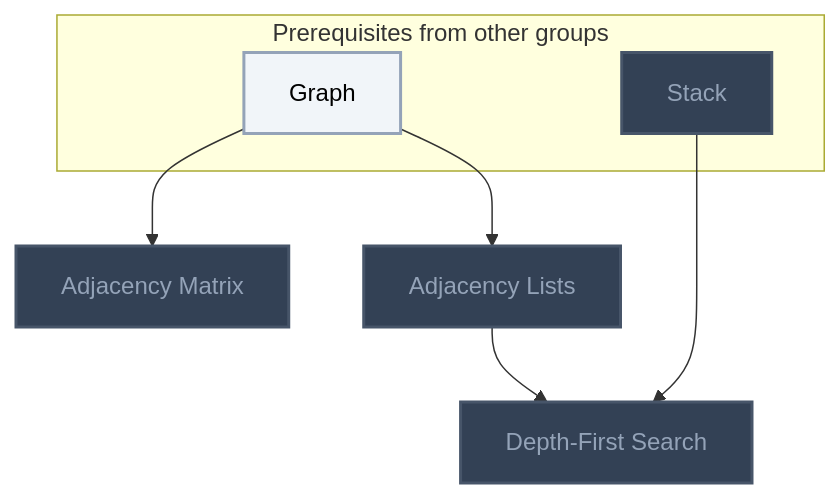
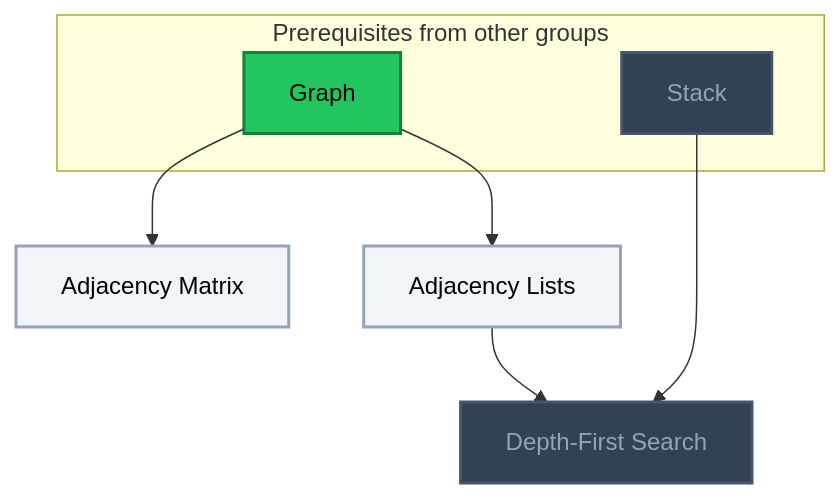
Before and after one commit to MRauf1/My-Notes: diagram 15 of 17 in Gamification/Skill Trees/Data Structures and Algorithms.md, drawn with Mermaid. The commit also changed other lines of this file and 145 other files, not shown here.

````diff
--- a/Gamification/Skill Trees/Data Structures and Algorithms.md
+++ b/Gamification/Skill Trees/Data Structures and Algorithms.md
@@ -517,26 +524,27 @@
 ```mermaid
 flowchart TD
     classDef planned fill:#1E293B,stroke:#64748B,stroke-width:2px,stroke-dasharray:5 5,color:#94A3B8;
     classDef locked fill:#334155,stroke:#475569,stroke-width:2px,color:#94A3B8;
     classDef L0 fill:#F1F5F9,stroke:#94A3B8,stroke-width:2px,color:#000000;
     classDef L1 fill:#22C55E,stroke:#15803D,stroke-width:2px,color:#000000;
     classDef L2 fill:#3B82F6,stroke:#1D4ED8,stroke-width:3px,color:#FFFFFF;
     classDef L3 fill:#A855F7,stroke:#6B21A8,stroke-width:3px,color:#FFFFFF,font-weight:bold;
     classDef L4 fill:#F97316,stroke:#C2410C,stroke-width:4px,color:#000000,font-weight:bold;
     classDef L5 fill:#FFD700,stroke:#FF8C00,stroke-width:5px,color:#000000,font-weight:bold;
     classDef rusty stroke:#8B4513,stroke-width:4px,stroke-dasharray:3 3;
     subgraph sg_prereqs["Prerequisites from other groups"]
         n_graph["Graph"]
         n_stack["Stack"]
     end
     n_adjacency_matrix["Adjacency Matrix"]
     n_adjacency_lists["Adjacency Lists"]
     n_depth_first_search["Depth-First Search"]
     n_graph --> n_adjacency_matrix
     n_graph --> n_adjacency_lists
     n_adjacency_lists --> n_depth_first_search
     n_stack --> n_depth_first_search
-    class n_stack,n_adjacency_matrix,n_adjacency_lists,n_depth_first_search locked;
-    class n_graph L0;
+    class n_stack,n_depth_first_search locked;
+    class n_adjacency_matrix,n_adjacency_lists L0;
+    class n_graph L1;
     class n_graph,n_stack,n_adjacency_matrix,n_adjacency_lists,n_depth_first_search internal-link;
 ```
````
